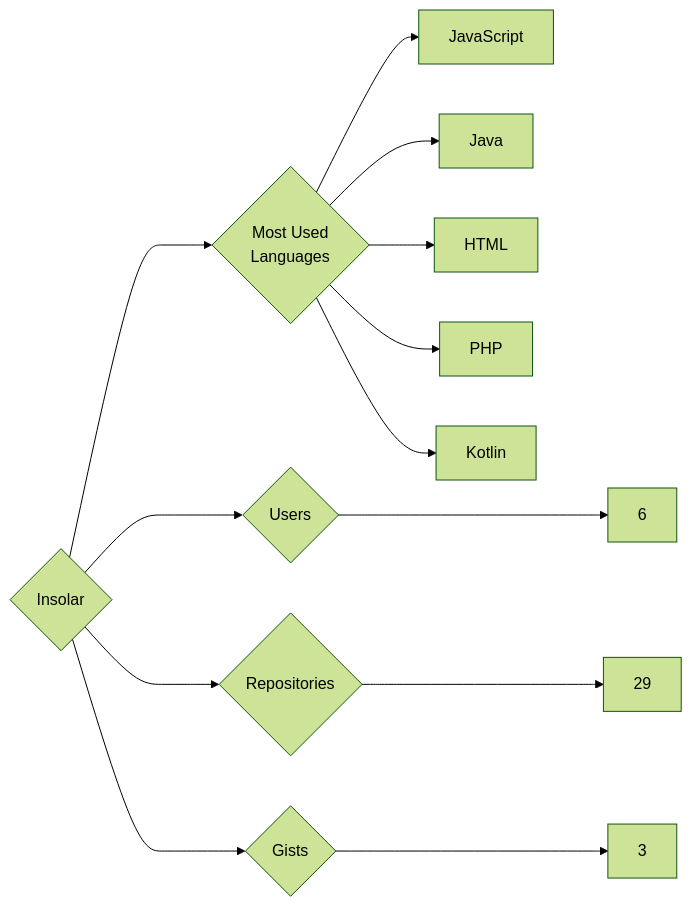
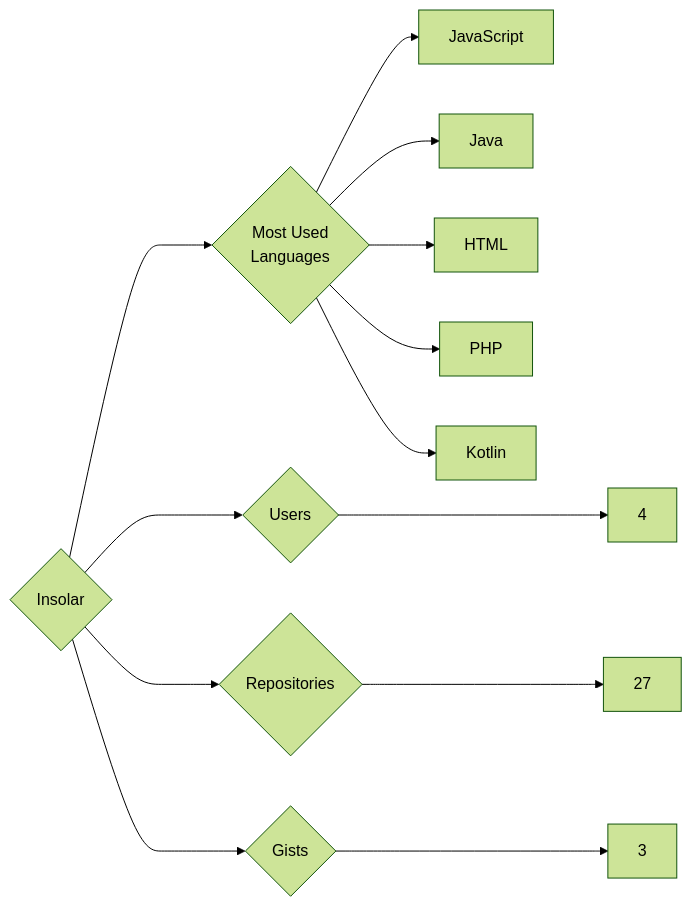
One commit to trickest/insiders changed the diagram in targets/Insolar/README.md. Above: the diagram before and after it, drawn with Mermaid (forest theme). The commit also changed 993 other files, not shown here.

````diff
--- a/targets/Insolar/README.md
+++ b/targets/Insolar/README.md
@@ -3,13 +3,13 @@
 ```mermaid
 graph LR
 COMPANY_NAME{Insolar}
-COMPANY_NAME ---> U{Users} ---> UN[6]
-COMPANY_NAME ---> R{Repositories} ---> RN[29]
+COMPANY_NAME ---> U{Users} ---> UN[4]
+COMPANY_NAME ---> R{Repositories} ---> RN[27]
 COMPANY_NAME ---> G{Gists} ---> GN[3]
 COMPANY_NAME ---> ML{Most Used<br>Languages}
 ML --> JavaScript[JavaScript]
 ML --> Java[Java]
 ML --> HTML[HTML]
 ML --> PHP[PHP]
 ML --> Kotlin[Kotlin]
 ```
````
